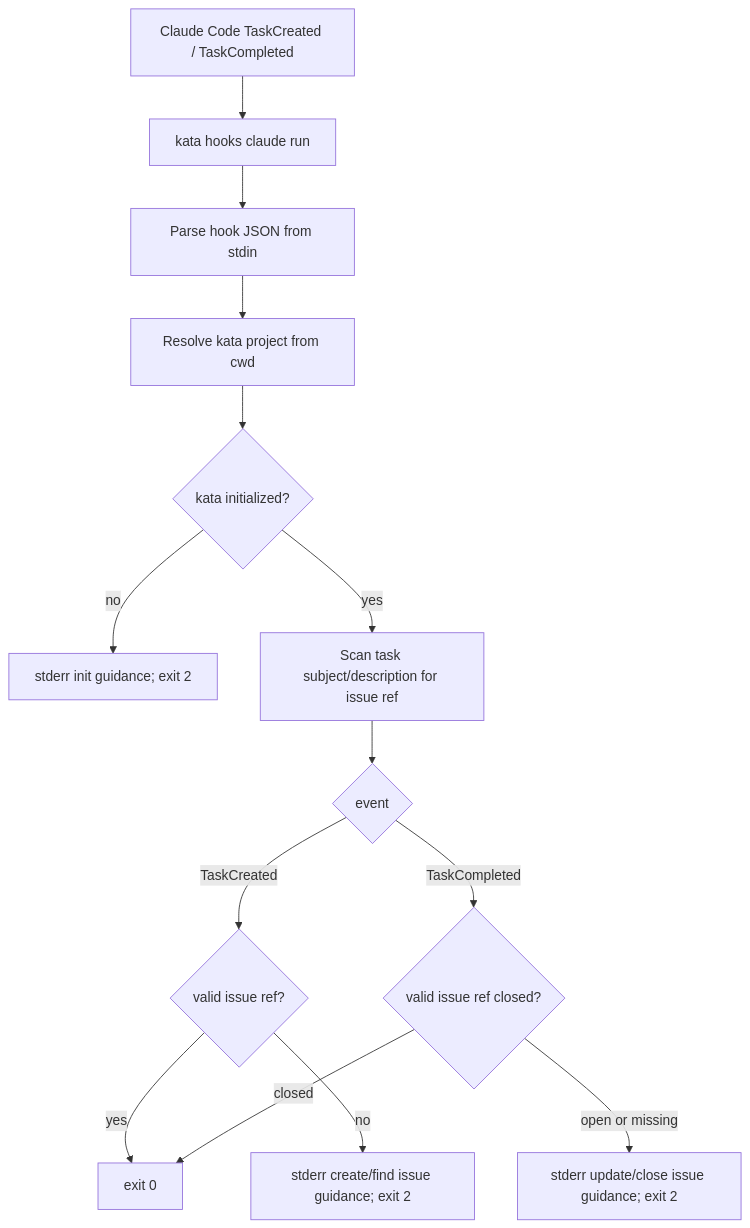
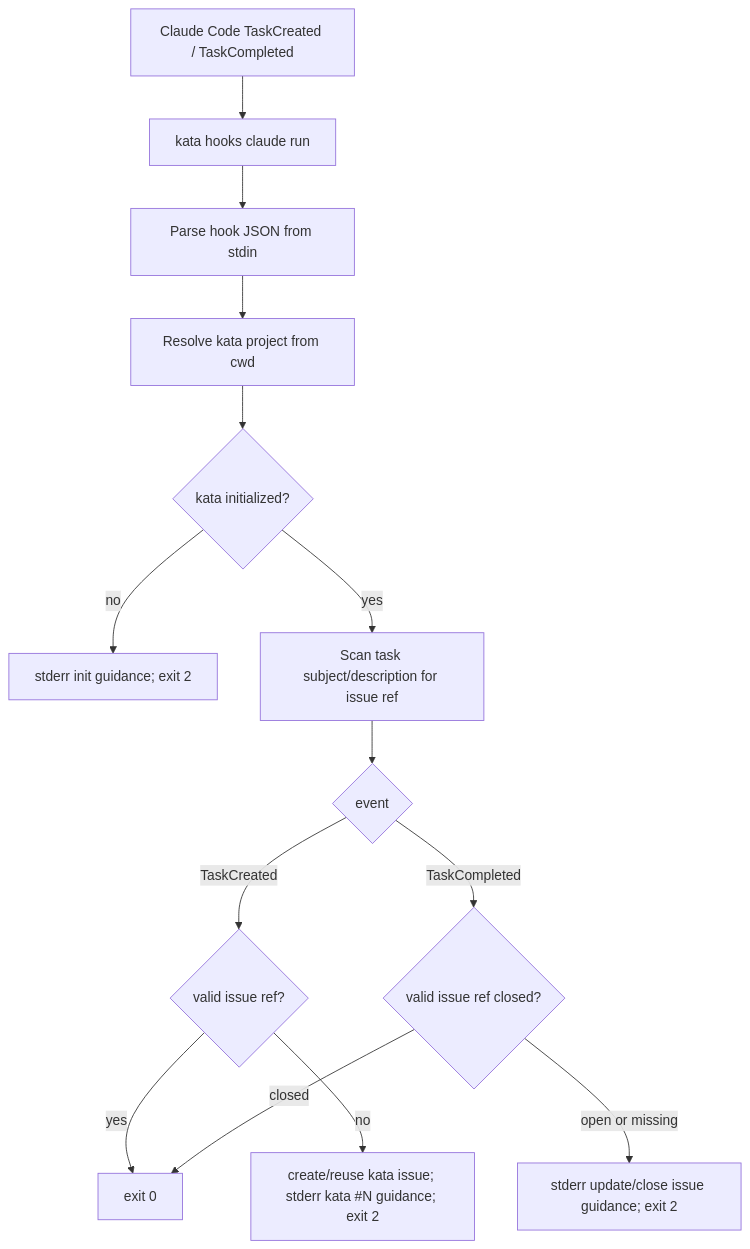
One commit to njt/kata changed the diagram in docs/superpowers/specs/2026-05-05-kata-claude-hooks-design.md. Above: the diagram before and after it, drawn with Mermaid. The commit also changed other lines of this file, not shown here.

First line of the commit message:
docs: steer Claude tasks through kata issues

````diff
--- a/docs/superpowers/specs/2026-05-05-kata-claude-hooks-design.md
+++ b/docs/superpowers/specs/2026-05-05-kata-claude-hooks-design.md
@@ -265,16 +282,16 @@
 ```mermaid
 flowchart TD
   A["Claude Code TaskCreated / TaskCompleted"] --> B["kata hooks claude run"]
   B --> C["Parse hook JSON from stdin"]
   C --> D["Resolve kata project from cwd"]
   D --> E{"kata initialized?"}
   E -- "no" --> F["stderr init guidance; exit 2"]
   E -- "yes" --> G["Scan task subject/description for issue ref"]
   G --> H{"event"}
   H -- "TaskCreated" --> I{"valid issue ref?"}
   I -- "yes" --> J["exit 0"]
-  I -- "no" --> K["stderr create/find issue guidance; exit 2"]
+  I -- "no" --> K["create/reuse kata issue; stderr kata #N guidance; exit 2"]
   H -- "TaskCompleted" --> L{"valid issue ref closed?"}
   L -- "closed" --> J
   L -- "open or missing" --> M["stderr update/close issue guidance; exit 2"]
 ```
````
